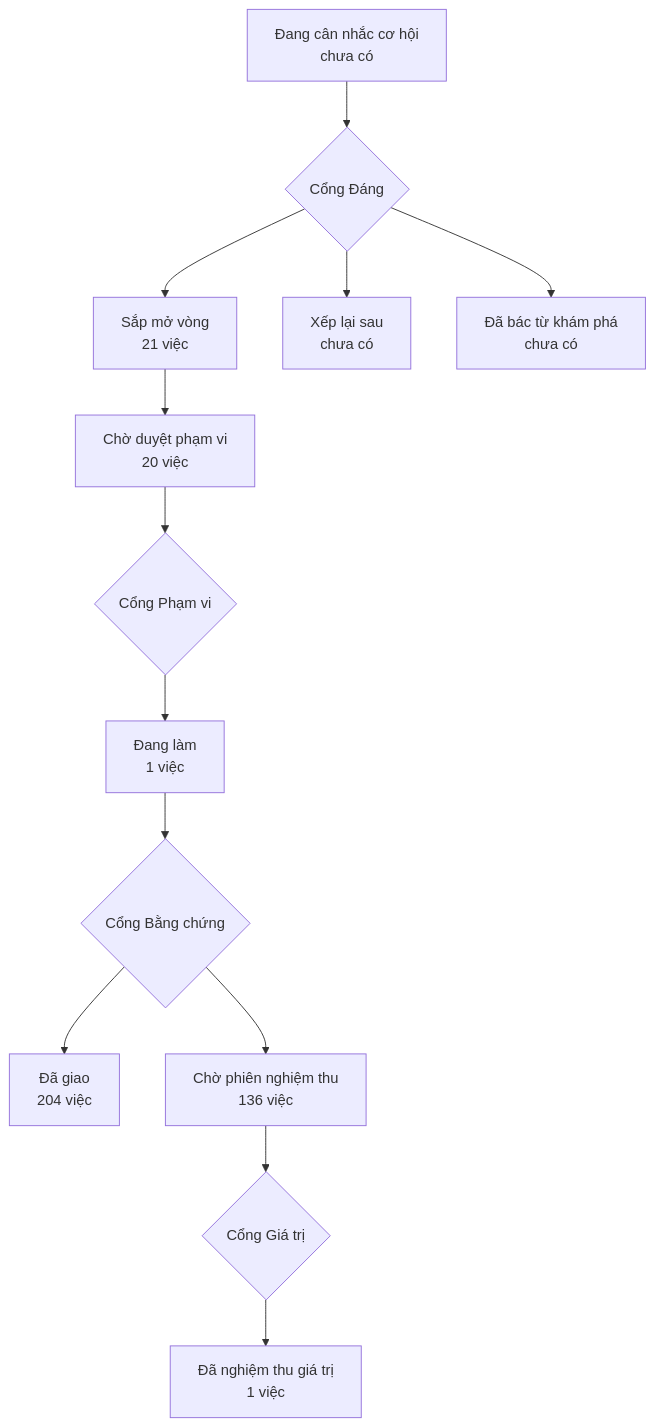
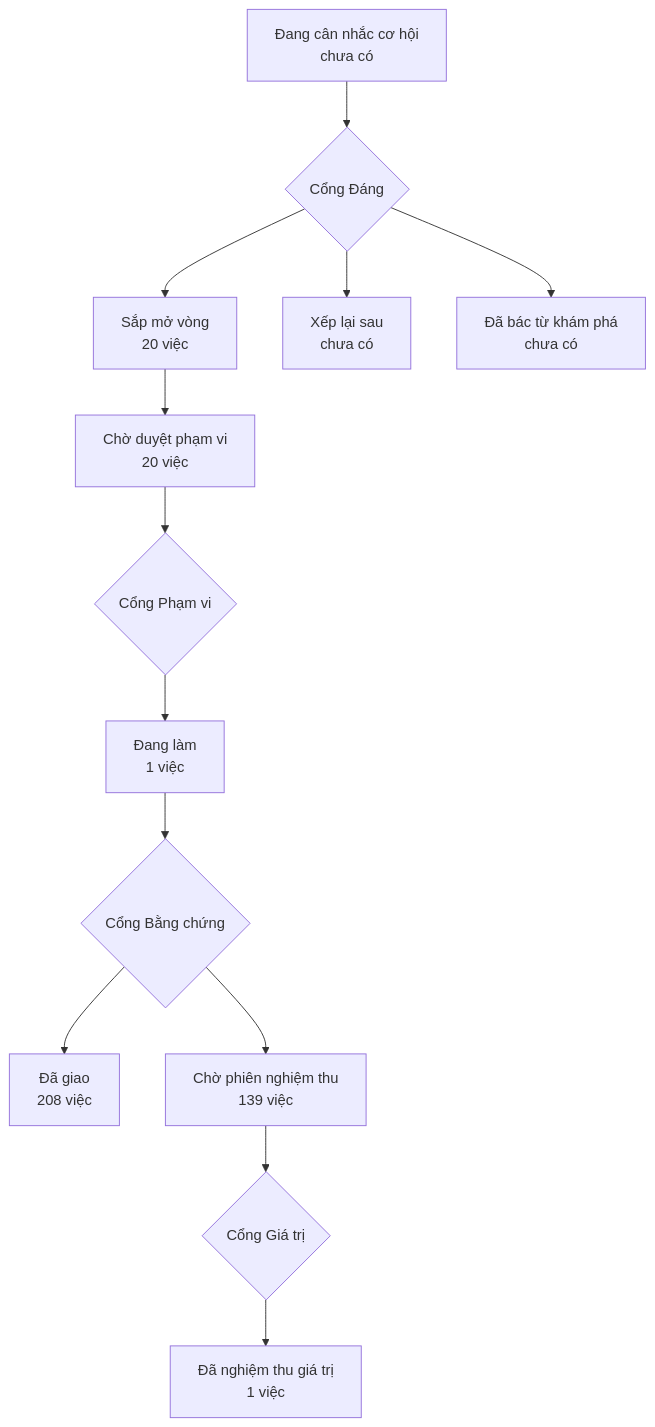
One commit to phanlemanh/onehub-invest changed the diagram in PRODUCT-MAP.md. Above: the diagram before and after it, drawn with Mermaid. The commit also changed other lines of this file and 1 other file, not shown here.

````diff
--- a/PRODUCT-MAP.md
+++ b/PRODUCT-MAP.md
@@ -7,12 +7,12 @@
 ```mermaid
 flowchart TD
   A["Đang cân nhắc cơ hội<br/>chưa có"] --> GD{"Cổng Đáng"}
-  GD --> B["Sắp mở vòng<br/>21 việc"]
+  GD --> B["Sắp mở vòng<br/>20 việc"]
   GD --> XL["Xếp lại sau<br/>chưa có"]
   GD --> DB["Đã bác từ khám phá<br/>chưa có"]
   B --> CD["Chờ duyệt phạm vi<br/>20 việc"] --> GP{"Cổng Phạm vi"}
   GP --> DL["Đang làm<br/>1 việc"] --> GB{"Cổng Bằng chứng"}
-  GB --> DG["Đã giao<br/>204 việc"]
-  GB --> CN["Chờ phiên nghiệm thu<br/>136 việc"] --> GG{"Cổng Giá trị"}
+  GB --> DG["Đã giao<br/>208 việc"]
+  GB --> CN["Chờ phiên nghiệm thu<br/>139 việc"] --> GG{"Cổng Giá trị"}
   GG --> NT["Đã nghiệm thu giá trị<br/>1 việc"]
 ```
````
